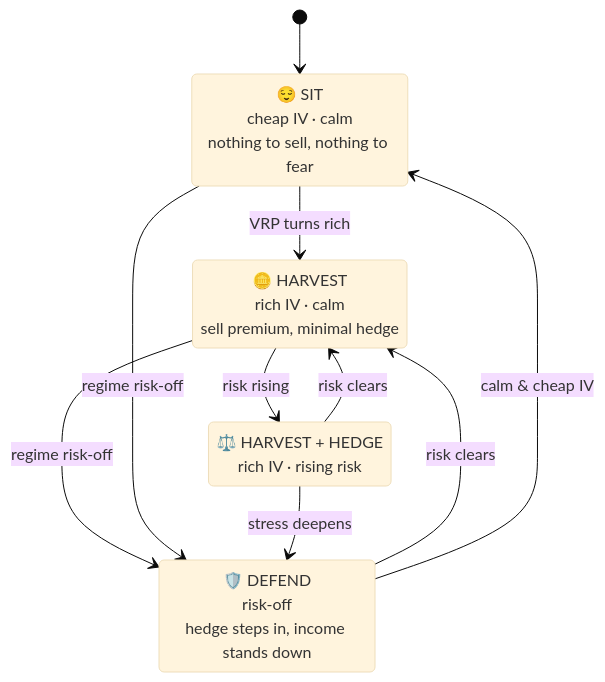
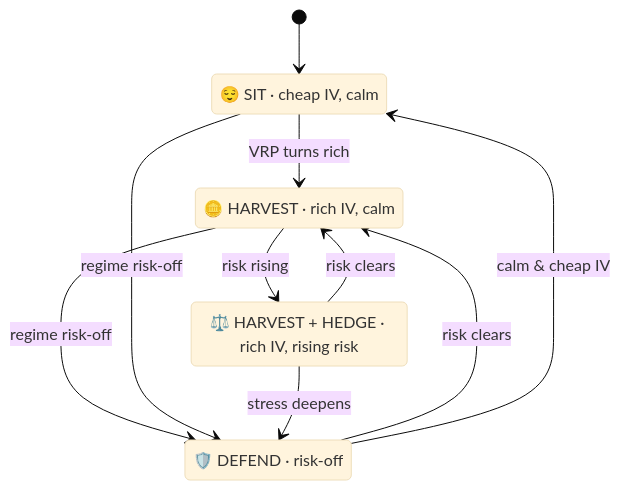
Before and after one commit to chiragshah2357/Alpaca-Trading-Hackathon-Final: the fifth of 6 diagrams in README.md, drawn with Mermaid (base theme). The commit also changed other lines of this file and 29 other files, not shown here.

````diff
--- a/README.md
+++ b/README.md
@@ -255,17 +198,16 @@
 ```mermaid
 stateDiagram-v2
     [*] --> SIT
-    SIT: 😌 SIT<br/>cheap IV · calm<br/>nothing to sell, nothing to fear
-    HARVEST: 🪙 HARVEST<br/>rich IV · calm<br/>sell premium, minimal hedge
-    HARVEST_HEDGE: ⚖️ HARVEST + HEDGE<br/>rich IV · rising risk
-    DEFEND: 🛡️ DEFEND<br/>risk-off<br/>hedge steps in, income stands down
-
+    SIT: 😌 SIT · cheap IV, calm
+    HARVEST: 🪙 HARVEST · rich IV, calm
+    HARVEST_HEDGE: ⚖️ HARVEST + HEDGE · rich IV, rising risk
+    DEFEND: 🛡️ DEFEND · risk-off
     SIT --> HARVEST: VRP turns rich
     HARVEST --> HARVEST_HEDGE: risk rising
     HARVEST --> DEFEND: regime risk-off
     SIT --> DEFEND: regime risk-off
     HARVEST_HEDGE --> DEFEND: stress deepens
     DEFEND --> HARVEST: risk clears
     HARVEST_HEDGE --> HARVEST: risk clears
     DEFEND --> SIT: calm & cheap IV
 ```
````
